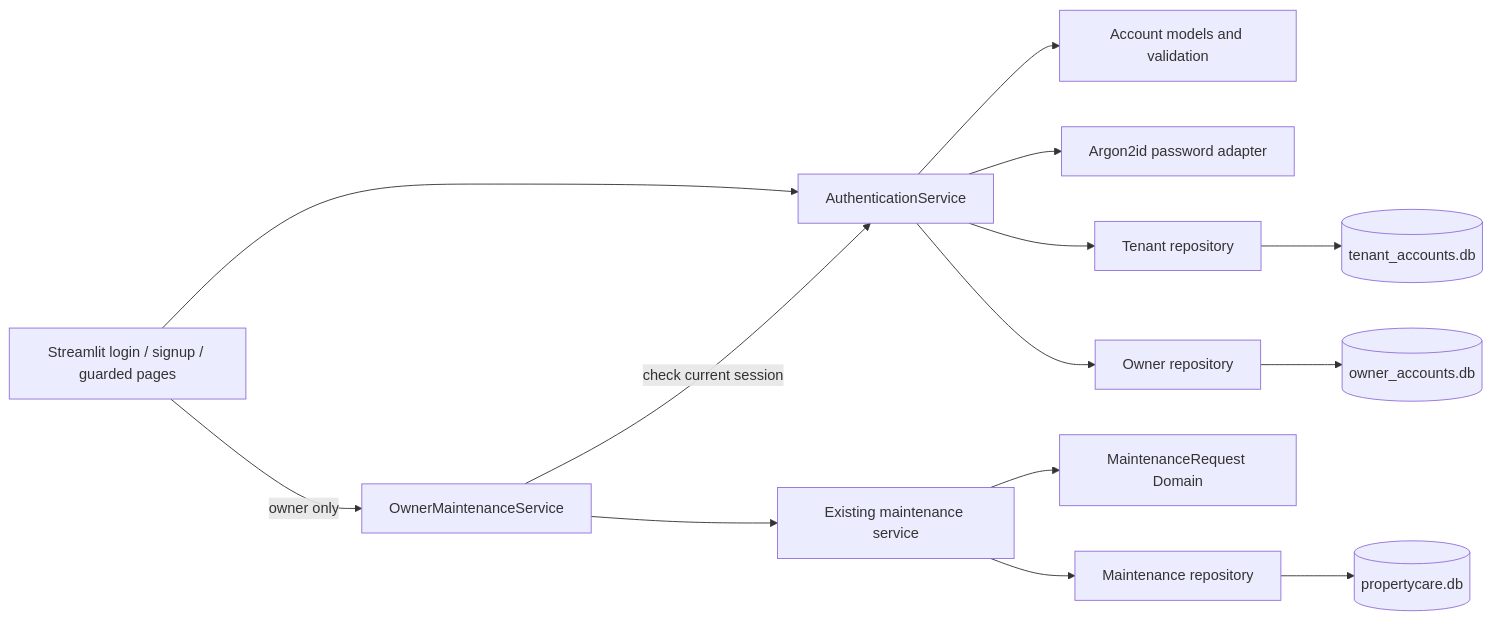
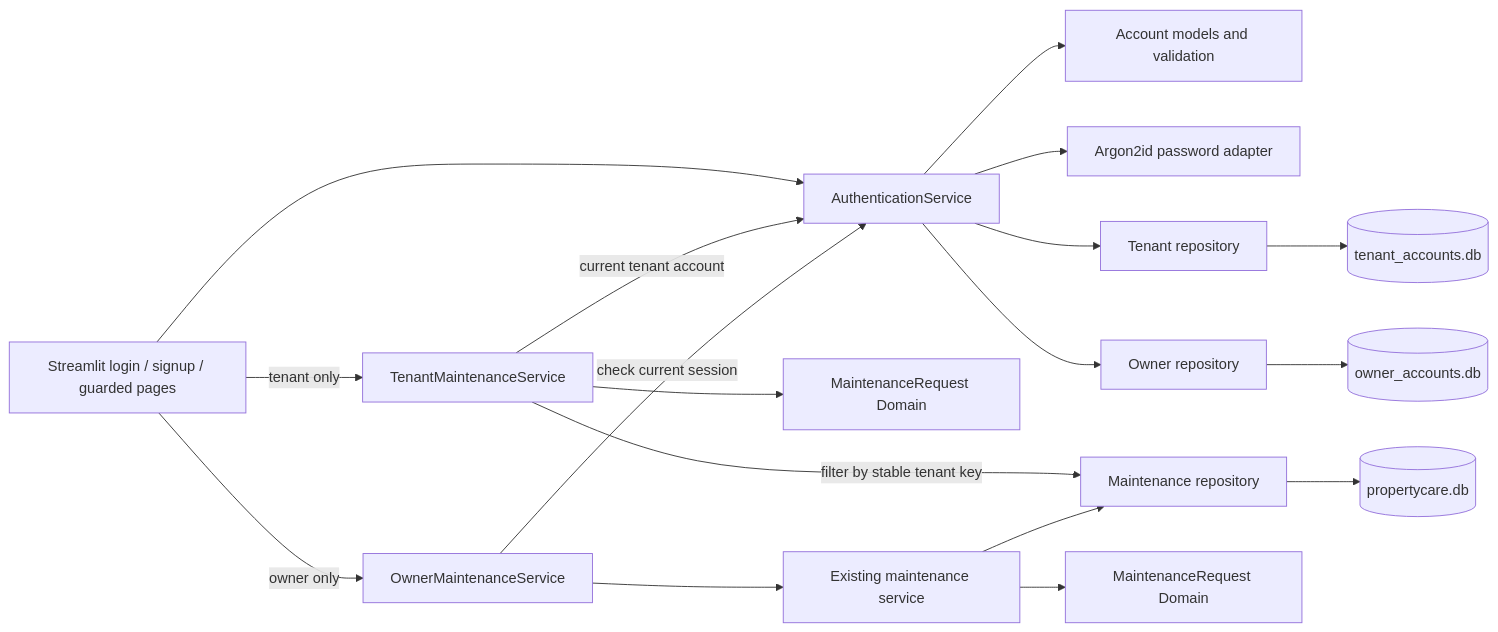
The diagram in README.md (JaiKaushik03/cen5064-project-Jai), drawn with Mermaid before and after one commit. The commit also changed other lines of this file and 5 other files, not shown here.

````diff
--- a/README.md
+++ b/README.md
@@ -110,16 +110,20 @@
 ```mermaid
 flowchart LR
     UI[Streamlit login / signup / guarded pages] --> A[AuthenticationService]
     A --> D[Account models and validation]
     A --> H[Argon2id password adapter]
     A --> TR[Tenant repository]
     A --> OR[Owner repository]
     TR --> TD[(tenant_accounts.db)]
     OR --> OD[(owner_accounts.db)]
+    UI -->|tenant only| T[TenantMaintenanceService]
+    T -->|current tenant account| A
+    T --> DM[MaintenanceRequest Domain]
+    T -->|filter by stable tenant key| MR[Maintenance repository]
     UI -->|owner only| G[OwnerMaintenanceService]
     G -->|check current session| A
     G --> M[Existing maintenance service]
     M --> MD[MaintenanceRequest Domain]
     M --> MR[Maintenance repository]
     MR --> DB[(propertycare.db)]
 ```
````
